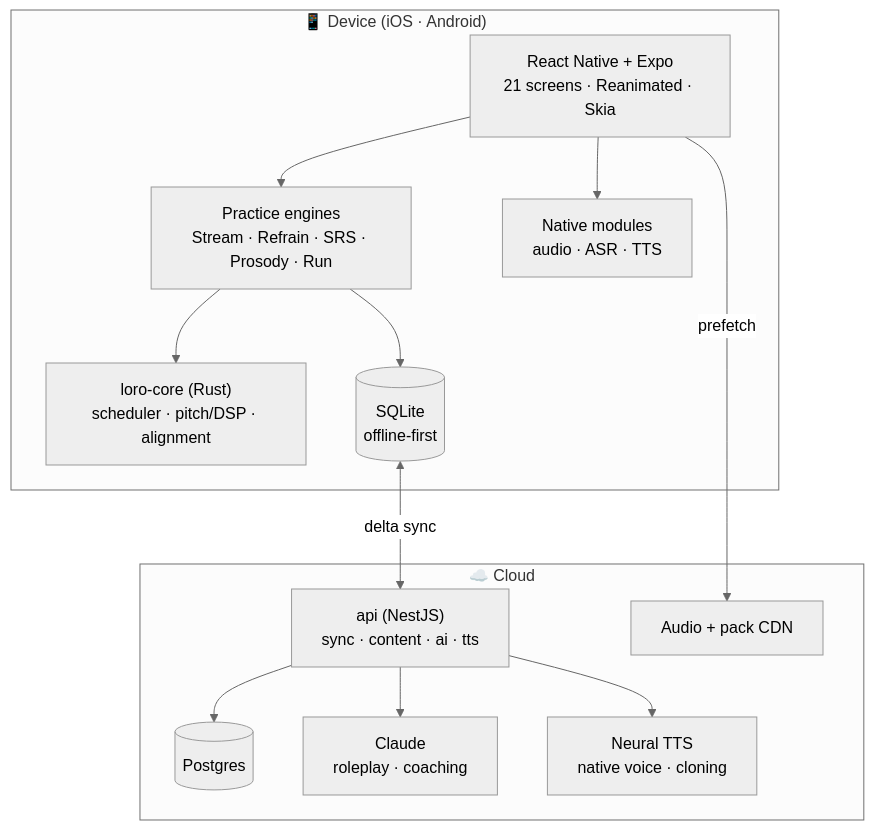
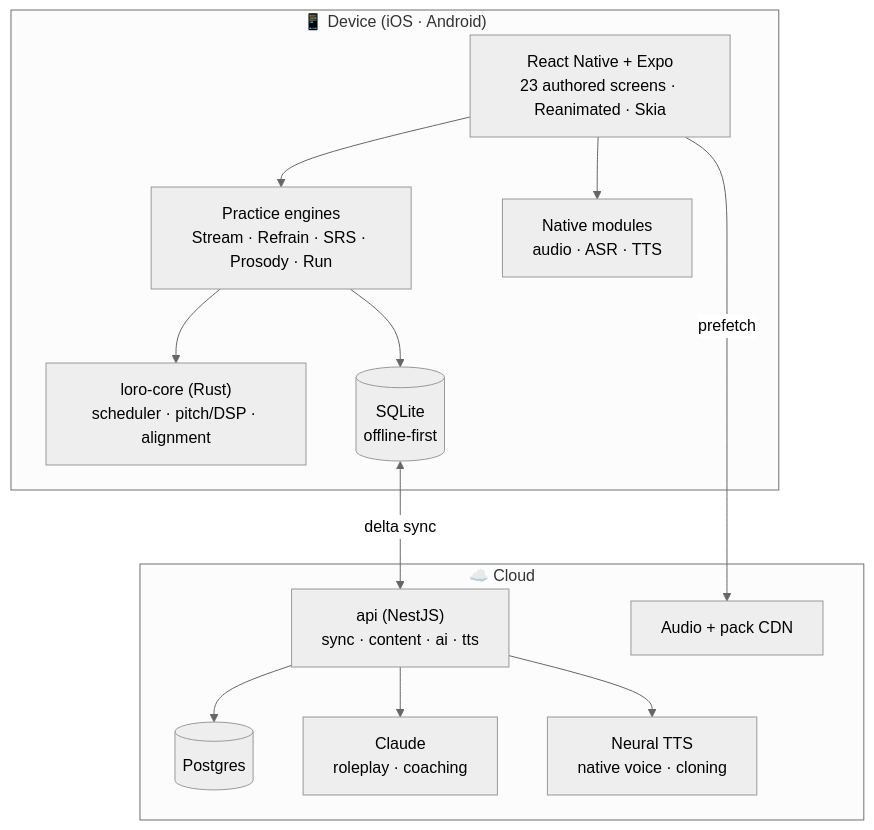
The diagram in README.md (asavienko/loro), drawn with Mermaid (neutral theme) before and after one commit. The commit also changed other lines of this file and 139 other files, not shown here.

Commit message:
docs(docs): align repository truth and extension roadmap (F-03)

````diff
--- a/README.md
+++ b/README.md
@@ -90,27 +98,27 @@
 ```mermaid
 graph TB
   subgraph device["📱 Device (iOS · Android)"]
-    UI["React Native + Expo<br/>21 screens · Reanimated · Skia"]
+    UI["React Native + Expo<br/>23 authored screens · Reanimated · Skia"]
     ENG["Practice engines<br/>Stream · Refrain · SRS · Prosody · Run"]
     CORE["loro-core (Rust)<br/>scheduler · pitch/DSP · alignment"]
     DB[("SQLite<br/>offline-first")]
     NATIVE["Native modules<br/>audio · ASR · TTS"]
   end
 
   subgraph cloud["☁️ Cloud"]
     API["api (NestJS)<br/>sync · content · ai · tts"]
     PG[("Postgres")]
     CDN["Audio + pack CDN"]
     LLM["Claude<br/>roleplay · coaching"]
     TTS["Neural TTS<br/>native voice · cloning"]
   end
 
   UI --> ENG --> CORE
   ENG --> DB
   UI --> NATIVE
   DB <-->|"delta sync"| API
   API --> PG
   API --> LLM
   API --> TTS
   UI -->|"prefetch"| CDN
 ```
````
